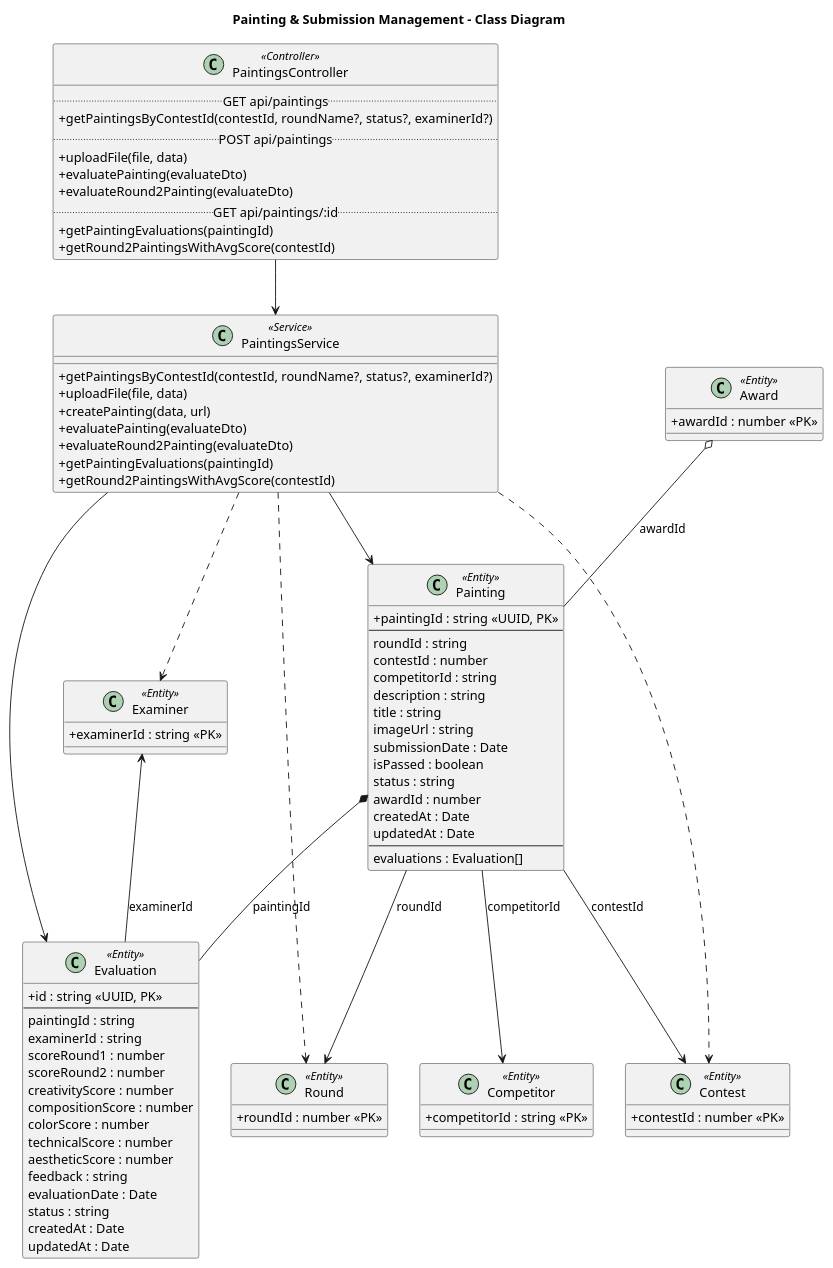
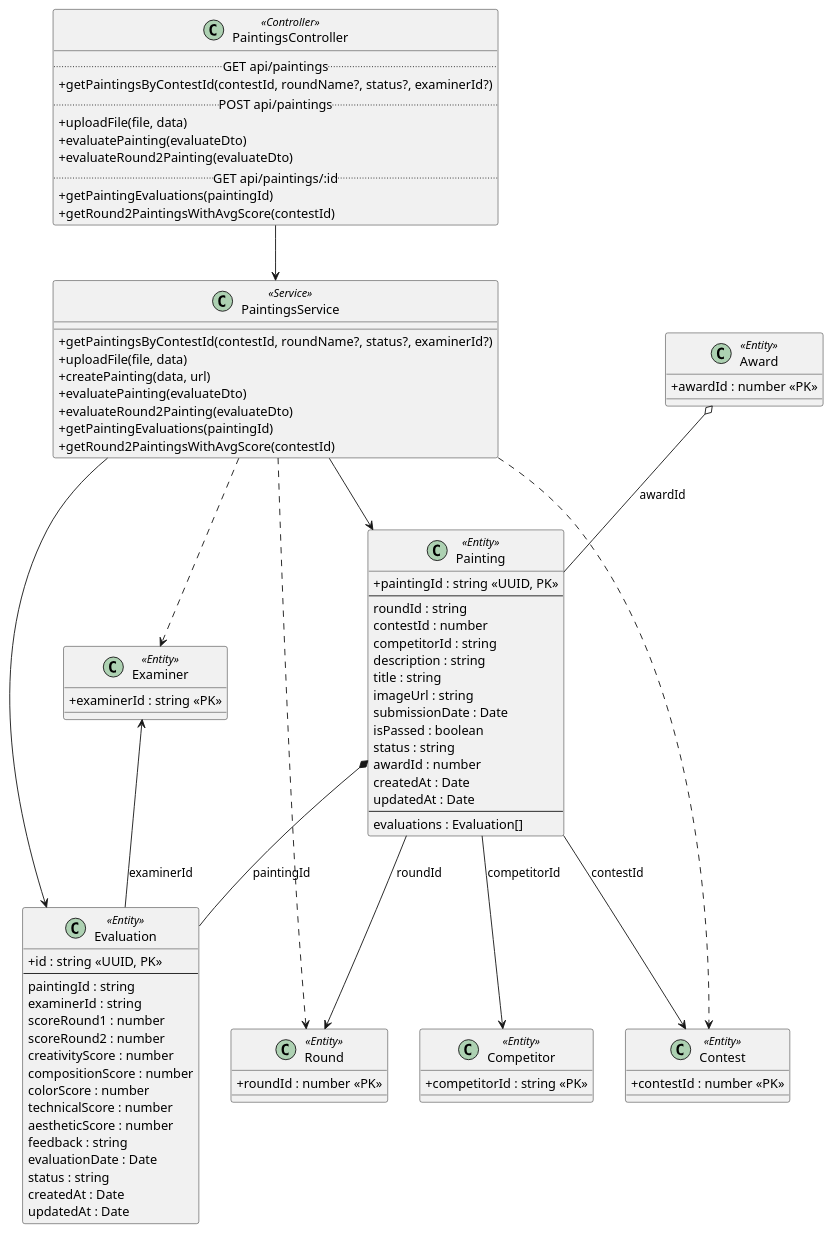
Before and after one commit to viethoang1520/artchain-server: the diagram in documents/painting/class-painting-management.puml, drawn with PlantUML. The commit also changed 57 other files, not shown here.

```diff
--- a/documents/painting/class-painting-management.puml
+++ b/documents/painting/class-painting-management.puml
@@ -1,101 +1,99 @@
 @startuml Painting Management
 
 skinparam classAttributeIconSize 0
-
-title Painting & Submission Management - Class Diagram
 
 class Competitor <<Entity>> {
   + competitorId : string <<PK>>
 }
 
 class Contest <<Entity>> {
   + contestId : number <<PK>>
 }
 
 class Award <<Entity>> {
   + awardId : number <<PK>>
 }
 
 class Examiner <<Entity>> {
   + examinerId : string <<PK>>
 }
 
 class Round <<Entity>> {
   + roundId : number <<PK>>
 }
 
 class Painting <<Entity>> {
   + paintingId : string <<UUID, PK>>
   --
   roundId : string
   contestId : number
   competitorId : string
   description : string
   title : string
   imageUrl : string
   submissionDate : Date
   isPassed : boolean
   status : string
   awardId : number
   createdAt : Date
   updatedAt : Date
   --
   evaluations : Evaluation[]
 }
 
 class Evaluation <<Entity>> {
   + id : string <<UUID, PK>>
   --
   paintingId : string
   examinerId : string
   scoreRound1 : number
   scoreRound2 : number
   creativityScore : number
   compositionScore : number
   colorScore : number
   technicalScore : number
   aestheticScore : number
   feedback : string
   evaluationDate : Date
   status : string
   createdAt : Date
   updatedAt : Date
 }
 
 class PaintingsService <<Service>> {
   + getPaintingsByContestId(contestId, roundName?, status?, examinerId?)
   + uploadFile(file, data)
   + createPainting(data, url)
   + evaluatePainting(evaluateDto)
   + evaluateRound2Painting(evaluateDto)
   + getPaintingEvaluations(paintingId)
   + getRound2PaintingsWithAvgScore(contestId)
 }
 
 class PaintingsController <<Controller>> {
   .. GET api/paintings ..
   + getPaintingsByContestId(contestId, roundName?, status?, examinerId?)
   .. POST api/paintings ..
   + uploadFile(file, data)
   + evaluatePainting(evaluateDto)
   + evaluateRound2Painting(evaluateDto)
   .. GET api/paintings/:id ..
   + getPaintingEvaluations(paintingId)
   + getRound2PaintingsWithAvgScore(contestId)
 }
 
 Painting --> Competitor : "competitorId"
 Painting --> Contest : "contestId"
 Painting --> Round : "roundId"
 Award o-- Painting : "awardId"
 Painting *-- Evaluation : "paintingId"
 Examiner <-- Evaluation : "examinerId"
 
 PaintingsController --> PaintingsService
 PaintingsService --> Painting
 PaintingsService --> Evaluation
 PaintingsService ..> Examiner
 PaintingsService ..> Round
 PaintingsService ..> Contest
 
 @enduml
```
